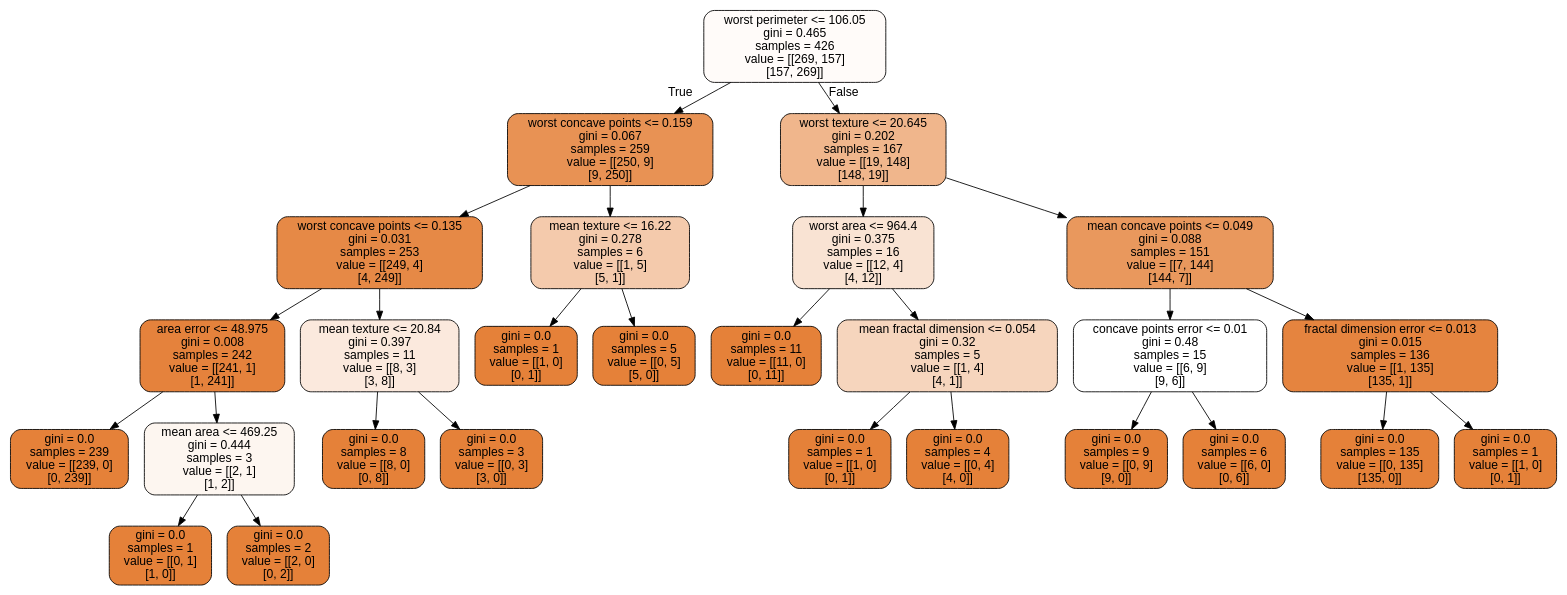
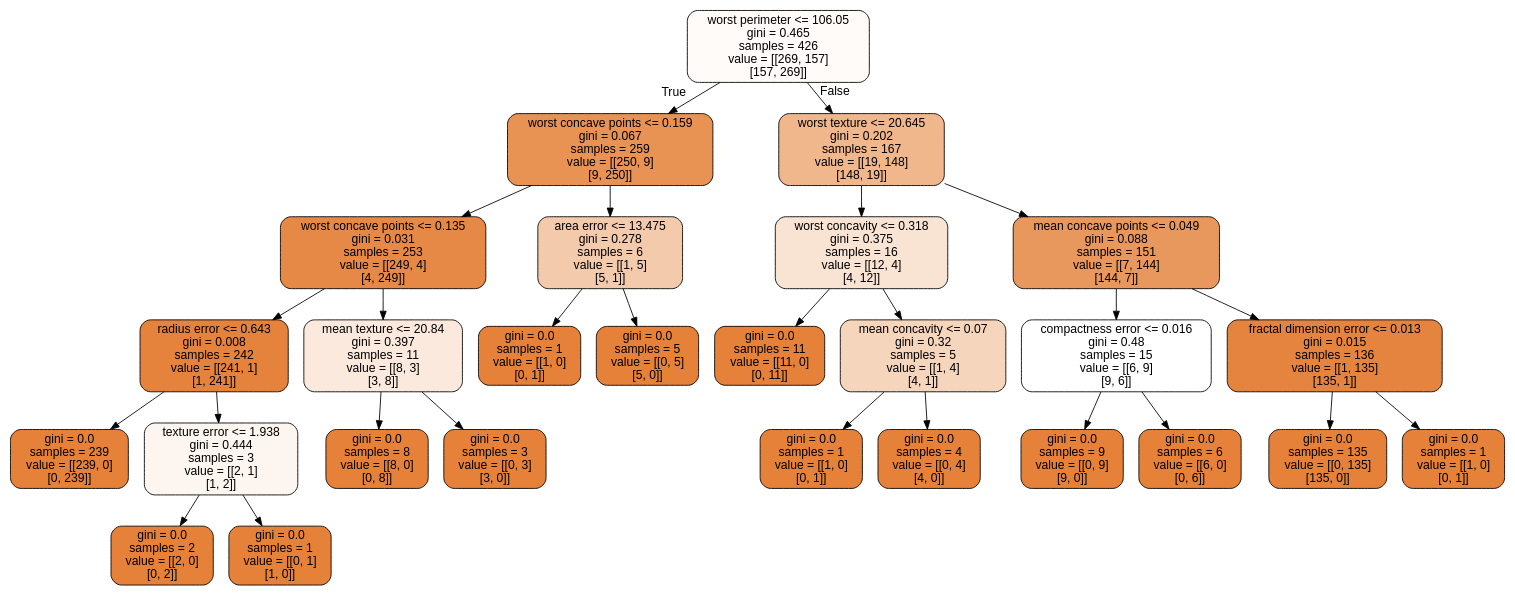
Before and after one commit to CompPhysics/MachineLearning: the diagram in doc/pub/DecisionTrees/ipynb/DataFiles/cancer.dot, drawn with Graphviz. The commit also changed 186 other files, not shown here.

```diff
--- a/doc/pub/DecisionTrees/ipynb/DataFiles/cancer.dot
+++ b/doc/pub/DecisionTrees/ipynb/DataFiles/cancer.dot
@@ -1,57 +1,57 @@
 digraph Tree {
 node [shape=box, style="filled, rounded", color="black", fontname=helvetica] ;
 edge [fontname=helvetica] ;
 0 [label="worst perimeter <= 106.05\ngini = 0.465\nsamples = 426\nvalue = [[269, 157]\n[157, 269]]", fillcolor="#e5813908"] ;
 1 [label="worst concave points <= 0.159\ngini = 0.067\nsamples = 259\nvalue = [[250, 9]\n[9, 250]]", fillcolor="#e58139db"] ;
 0 -> 1 [labeldistance=2.5, labelangle=45, headlabel="True"] ;
 2 [label="worst concave points <= 0.135\ngini = 0.031\nsamples = 253\nvalue = [[249, 4]\n[4, 249]]", fillcolor="#e58139ee"] ;
 1 -> 2 ;
-3 [label="area error <= 48.975\ngini = 0.008\nsamples = 242\nvalue = [[241, 1]\n[1, 241]]", fillcolor="#e58139fb"] ;
+3 [label="radius error <= 0.643\ngini = 0.008\nsamples = 242\nvalue = [[241, 1]\n[1, 241]]", fillcolor="#e58139fb"] ;
 2 -> 3 ;
 4 [label="gini = 0.0\nsamples = 239\nvalue = [[239, 0]\n[0, 239]]", fillcolor="#e58139ff"] ;
 3 -> 4 ;
-5 [label="mean area <= 469.25\ngini = 0.444\nsamples = 3\nvalue = [[2, 1]\n[1, 2]]", fillcolor="#e5813913"] ;
+5 [label="texture error <= 1.938\ngini = 0.444\nsamples = 3\nvalue = [[2, 1]\n[1, 2]]", fillcolor="#e5813913"] ;
 3 -> 5 ;
-6 [label="gini = 0.0\nsamples = 1\nvalue = [[0, 1]\n[1, 0]]", fillcolor="#e58139ff"] ;
+6 [label="gini = 0.0\nsamples = 2\nvalue = [[2, 0]\n[0, 2]]", fillcolor="#e58139ff"] ;
 5 -> 6 ;
-7 [label="gini = 0.0\nsamples = 2\nvalue = [[2, 0]\n[0, 2]]", fillcolor="#e58139ff"] ;
+7 [label="gini = 0.0\nsamples = 1\nvalue = [[0, 1]\n[1, 0]]", fillcolor="#e58139ff"] ;
 5 -> 7 ;
 8 [label="mean texture <= 20.84\ngini = 0.397\nsamples = 11\nvalue = [[8, 3]\n[3, 8]]", fillcolor="#e581392c"] ;
 2 -> 8 ;
 9 [label="gini = 0.0\nsamples = 8\nvalue = [[8, 0]\n[0, 8]]", fillcolor="#e58139ff"] ;
 8 -> 9 ;
 10 [label="gini = 0.0\nsamples = 3\nvalue = [[0, 3]\n[3, 0]]", fillcolor="#e58139ff"] ;
 8 -> 10 ;
-11 [label="mean texture <= 16.22\ngini = 0.278\nsamples = 6\nvalue = [[1, 5]\n[5, 1]]", fillcolor="#e581396b"] ;
+11 [label="area error <= 13.475\ngini = 0.278\nsamples = 6\nvalue = [[1, 5]\n[5, 1]]", fillcolor="#e581396b"] ;
 1 -> 11 ;
 12 [label="gini = 0.0\nsamples = 1\nvalue = [[1, 0]\n[0, 1]]", fillcolor="#e58139ff"] ;
 11 -> 12 ;
 13 [label="gini = 0.0\nsamples = 5\nvalue = [[0, 5]\n[5, 0]]", fillcolor="#e58139ff"] ;
 11 -> 13 ;
 14 [label="worst texture <= 20.645\ngini = 0.202\nsamples = 167\nvalue = [[19, 148]\n[148, 19]]", fillcolor="#e5813994"] ;
 0 -> 14 [labeldistance=2.5, labelangle=-45, headlabel="False"] ;
-15 [label="worst area <= 964.4\ngini = 0.375\nsamples = 16\nvalue = [[12, 4]\n[4, 12]]", fillcolor="#e5813938"] ;
+15 [label="worst concavity <= 0.318\ngini = 0.375\nsamples = 16\nvalue = [[12, 4]\n[4, 12]]", fillcolor="#e5813938"] ;
 14 -> 15 ;
 16 [label="gini = 0.0\nsamples = 11\nvalue = [[11, 0]\n[0, 11]]", fillcolor="#e58139ff"] ;
 15 -> 16 ;
-17 [label="mean fractal dimension <= 0.054\ngini = 0.32\nsamples = 5\nvalue = [[1, 4]\n[4, 1]]", fillcolor="#e5813955"] ;
+17 [label="mean concavity <= 0.07\ngini = 0.32\nsamples = 5\nvalue = [[1, 4]\n[4, 1]]", fillcolor="#e5813955"] ;
 15 -> 17 ;
 18 [label="gini = 0.0\nsamples = 1\nvalue = [[1, 0]\n[0, 1]]", fillcolor="#e58139ff"] ;
 17 -> 18 ;
 19 [label="gini = 0.0\nsamples = 4\nvalue = [[0, 4]\n[4, 0]]", fillcolor="#e58139ff"] ;
 17 -> 19 ;
 20 [label="mean concave points <= 0.049\ngini = 0.088\nsamples = 151\nvalue = [[7, 144]\n[144, 7]]", fillcolor="#e58139d0"] ;
 14 -> 20 ;
-21 [label="concave points error <= 0.01\ngini = 0.48\nsamples = 15\nvalue = [[6, 9]\n[9, 6]]", fillcolor="#e5813900"] ;
+21 [label="compactness error <= 0.016\ngini = 0.48\nsamples = 15\nvalue = [[6, 9]\n[9, 6]]", fillcolor="#e5813900"] ;
 20 -> 21 ;
 22 [label="gini = 0.0\nsamples = 9\nvalue = [[0, 9]\n[9, 0]]", fillcolor="#e58139ff"] ;
 21 -> 22 ;
 23 [label="gini = 0.0\nsamples = 6\nvalue = [[6, 0]\n[0, 6]]", fillcolor="#e58139ff"] ;
 21 -> 23 ;
 24 [label="fractal dimension error <= 0.013\ngini = 0.015\nsamples = 136\nvalue = [[1, 135]\n[135, 1]]", fillcolor="#e58139f7"] ;
 20 -> 24 ;
 25 [label="gini = 0.0\nsamples = 135\nvalue = [[0, 135]\n[135, 0]]", fillcolor="#e58139ff"] ;
 24 -> 25 ;
 26 [label="gini = 0.0\nsamples = 1\nvalue = [[1, 0]\n[0, 1]]", fillcolor="#e58139ff"] ;
 24 -> 26 ;
 }
```
